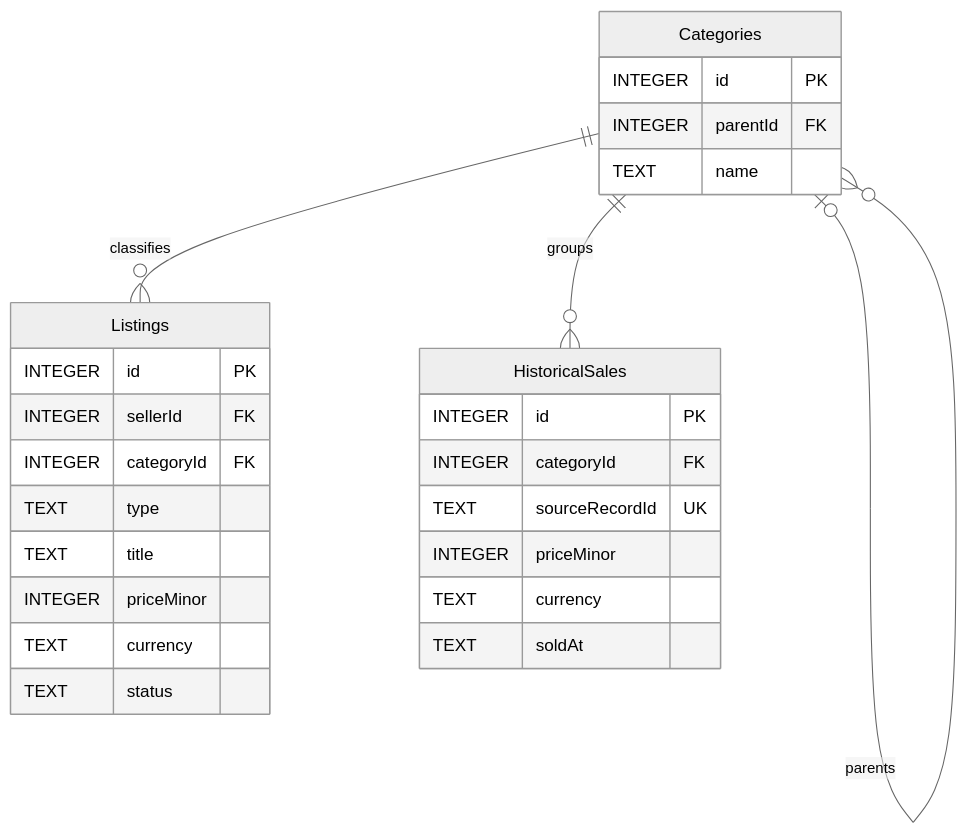
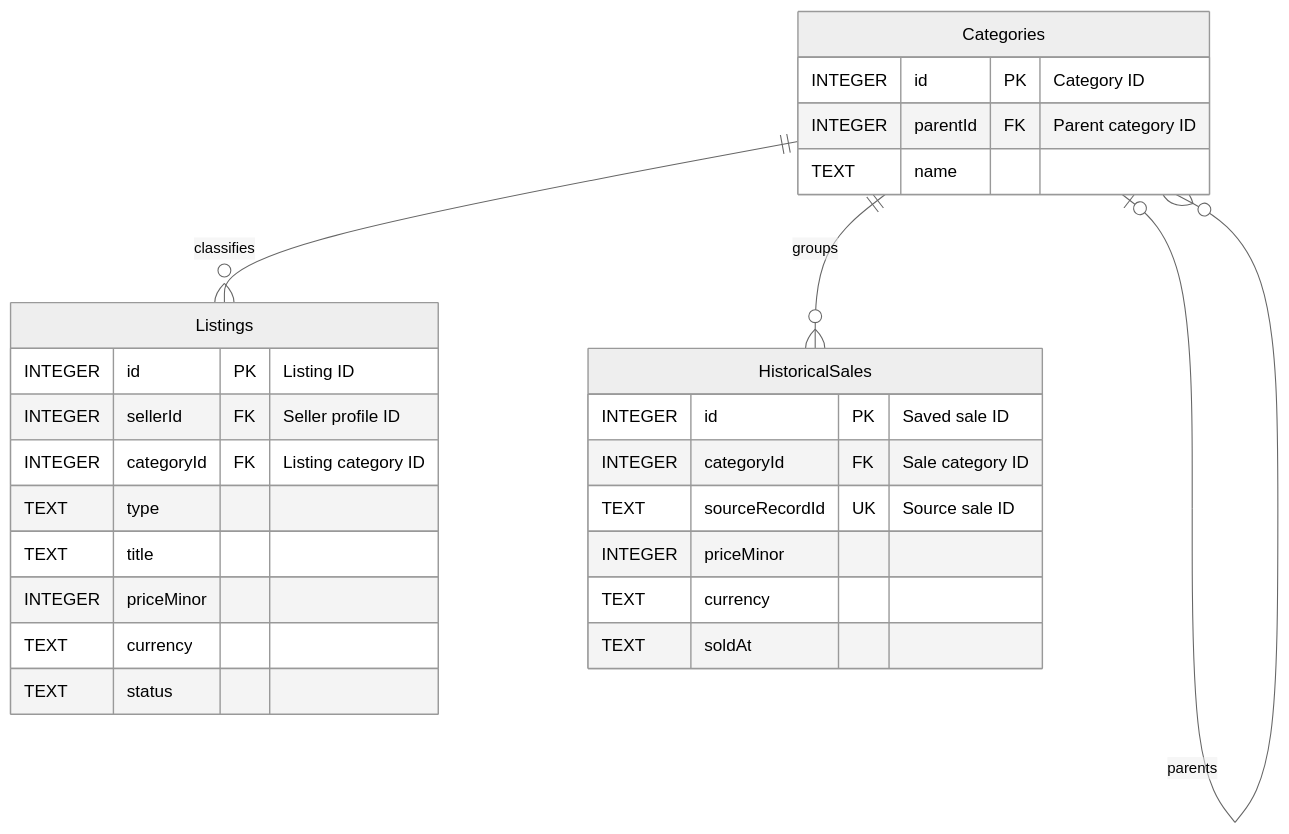
One commit to XionAce/cpe314-69323-capstone-team-01 changed the second of 3 diagrams in docs/design-document.md. Above: the diagram before and after it, drawn with Mermaid (neutral theme). The commit also changed other lines of this file and 4 other files, not shown here.

Commit message:
docs: update project design with revised ER diagrams and page numbering

````diff
--- a/docs/design-document.md
+++ b/docs/design-document.md
@@ -197,29 +220,29 @@
 ```mermaid
 erDiagram
     Categories {
-        INTEGER id PK
-        INTEGER parentId FK
+        INTEGER id PK "Category ID"
+        INTEGER parentId FK "Parent category ID"
         TEXT name
     }
     Listings {
-        INTEGER id PK
-        INTEGER sellerId FK
-        INTEGER categoryId FK
+        INTEGER id PK "Listing ID"
+        INTEGER sellerId FK "Seller profile ID"
+        INTEGER categoryId FK "Listing category ID"
         TEXT type
         TEXT title
         INTEGER priceMinor
         TEXT currency
         TEXT status
     }
     HistoricalSales {
-        INTEGER id PK
-        INTEGER categoryId FK
-        TEXT sourceRecordId UK
+        INTEGER id PK "Saved sale ID"
+        INTEGER categoryId FK "Sale category ID"
+        TEXT sourceRecordId UK "Source sale ID"
         INTEGER priceMinor
         TEXT currency
         TEXT soldAt
     }
     Categories o|--o{ Categories : parents
     Categories ||--o{ Listings : classifies
     Categories ||--o{ HistoricalSales : groups
 ```
````
